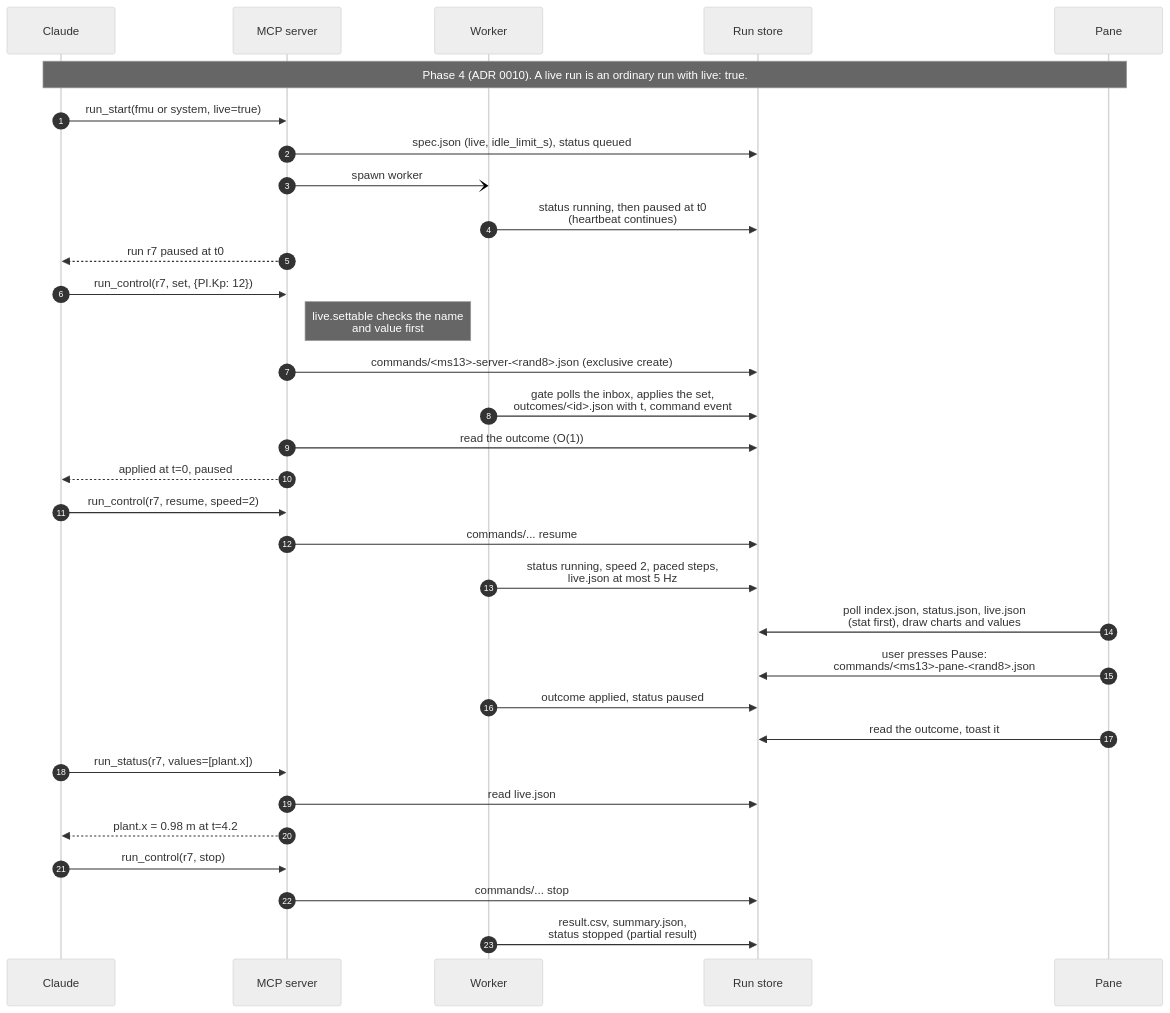
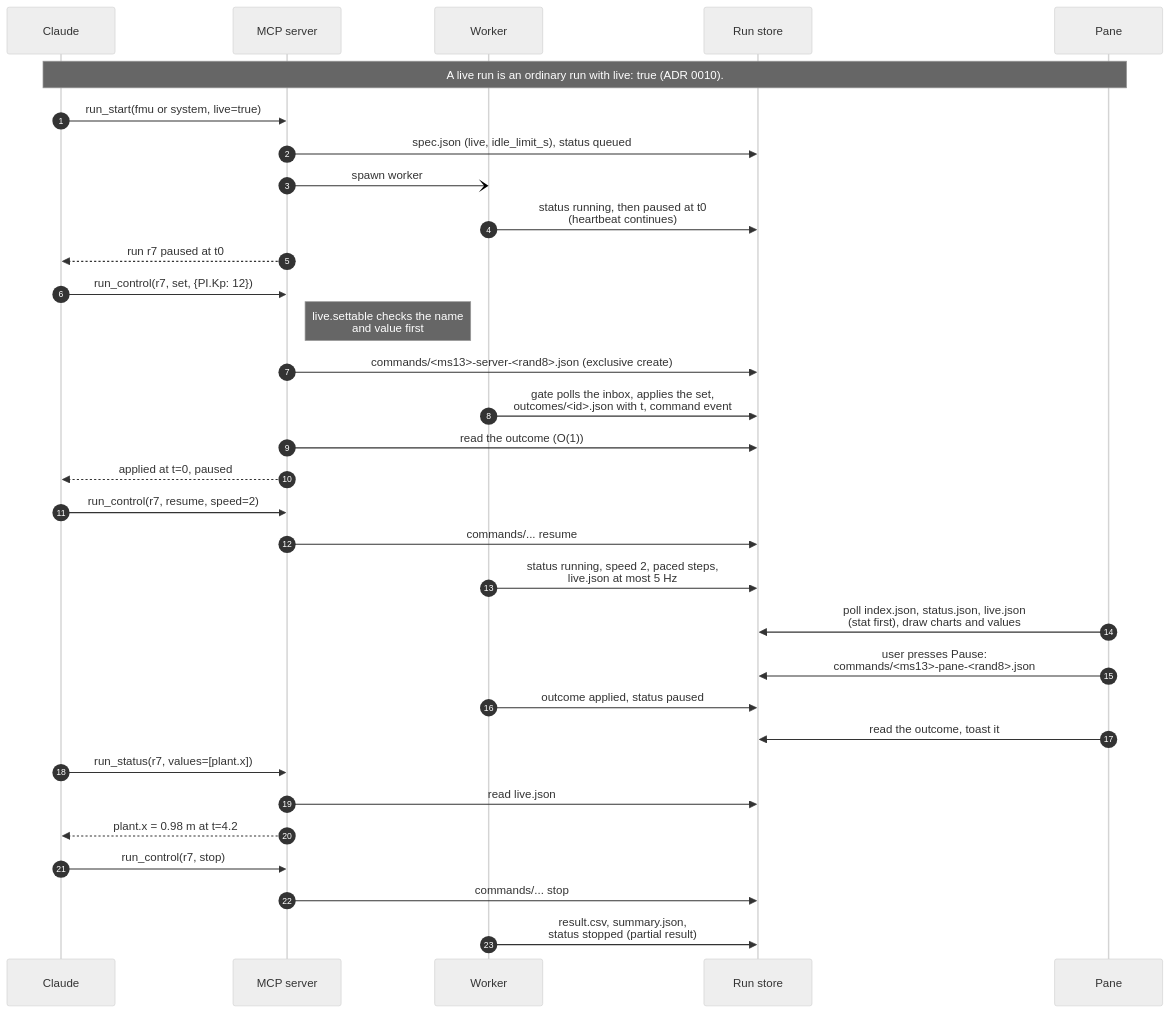
One commit to MechC-ODE/agentic-fmi changed the diagram in docs/diagrams/live-session-sequence.mmd. Above: the diagram before and after it, drawn with Mermaid (neutral theme). The commit also changed 35 other files, not shown here.

First line of the commit message:
docs: rewrite the architecture and development pages for newcomers

```diff
--- a/docs/diagrams/live-session-sequence.mmd
+++ b/docs/diagrams/live-session-sequence.mmd
@@ -1,33 +1,33 @@
 sequenceDiagram
     autonumber
     participant C as Claude
     participant S as MCP server
     participant W as Worker
     participant R as Run store
     participant P as Pane
 
-    Note over C,P: Phase 4 (ADR 0010). A live run is an ordinary run with live: true.
+    Note over C,P: A live run is an ordinary run with live: true (ADR 0010).
     C->>S: run_start(fmu or system, live=true)
     S->>R: spec.json (live, idle_limit_s), status queued
     S-)W: spawn worker
     W->>R: status running, then paused at t0<br/>(heartbeat continues)
     S-->>C: run r7 paused at t0
     C->>S: run_control(r7, set, {PI.Kp: 12})
     Note right of S: live.settable checks the name<br/>and value first
     S->>R: commands/#lt;ms13#gt;-server-#lt;rand8#gt;.json (exclusive create)
     W->>R: gate polls the inbox, applies the set,<br/>outcomes/<id>.json with t, command event
     S->>R: read the outcome (O(1))
     S-->>C: applied at t=0, paused
     C->>S: run_control(r7, resume, speed=2)
     S->>R: commands/... resume
     W->>R: status running, speed 2, paced steps,<br/>live.json at most 5 Hz
     P->>R: poll index.json, status.json, live.json<br/>(stat first), draw charts and values
     P->>R: user presses Pause:<br/>commands/#lt;ms13#gt;-pane-#lt;rand8#gt;.json
     W->>R: outcome applied, status paused
     P->>R: read the outcome, toast it
     C->>S: run_status(r7, values=[plant.x])
     S->>R: read live.json
     S-->>C: plant.x = 0.98 m at t=4.2
     C->>S: run_control(r7, stop)
     S->>R: commands/... stop
     W->>R: result.csv, summary.json,<br/>status stopped (partial result)
```
